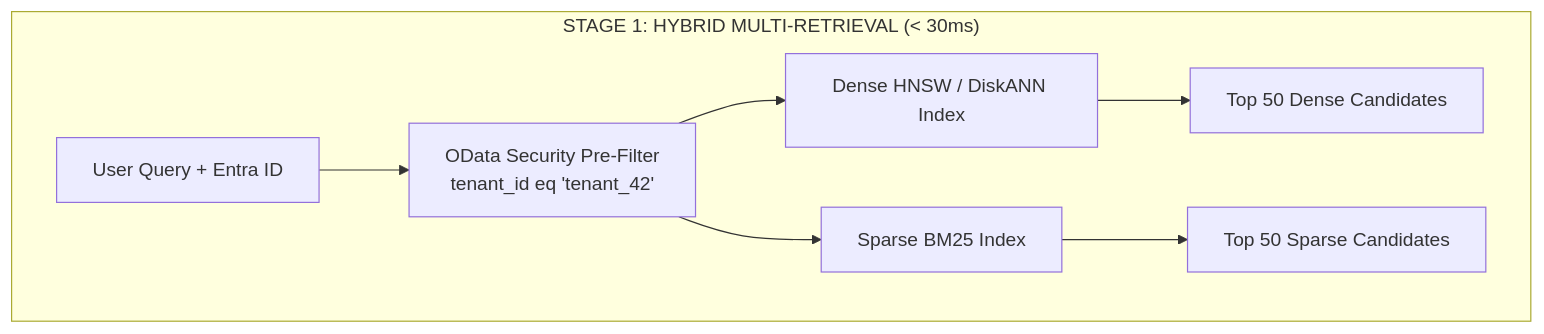
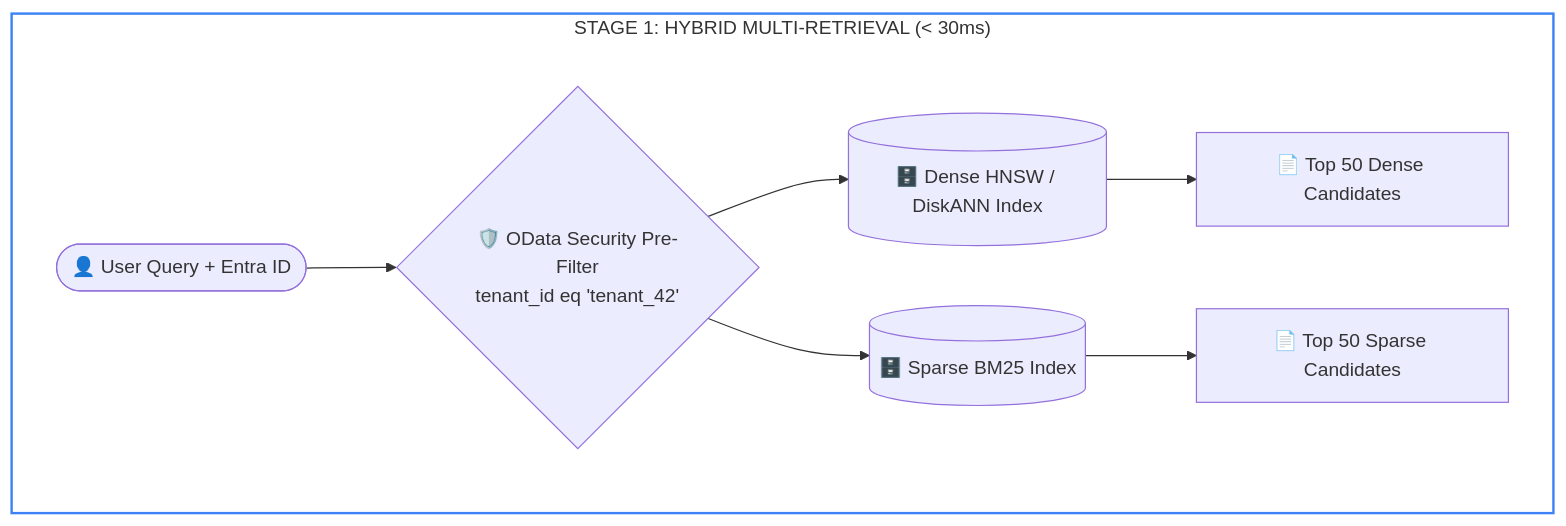
The first of 3 diagrams in 02-rag-and-knowledge-systems/reference/cloud-retrieval-architectures.md (dip4k/senior-engineer-to-ai-engineer-roadmap), drawn with Mermaid before and after one commit. The commit also changed other lines of this file and 39 other files, not shown here.

First line of the commit message:
feat(curriculum): upgrade mermaid diagrams with unicode icons & codify anti-bloat layout rules

````diff
--- a/02-rag-and-knowledge-systems/reference/cloud-retrieval-architectures.md
+++ b/02-rag-and-knowledge-systems/reference/cloud-retrieval-architectures.md
@@ -24,10 +24,11 @@
 ```mermaid
 flowchart TD
     subgraph Stage1["STAGE 1: HYBRID MULTI-RETRIEVAL (< 30ms)"]
-        UQ["User Query + Entra ID"] --> PFilter["OData Security Pre-Filter<br>tenant_id eq 'tenant_42'"]
-        PFilter --> HNSW["Dense HNSW / DiskANN Index"]
-        PFilter --> BM25["Sparse BM25 Index"]
-        HNSW --> TopDense["Top 50 Dense Candidates"]
-        BM25 --> TopSparse["Top 50 Sparse Candidates"]
+        UQ(["👤 User Query + Entra ID"]) --> PFilter{"🛡️ OData Security Pre-Filter<br>tenant_id eq 'tenant_42'"}
+        PFilter --> HNSW[("🗄️ Dense HNSW / DiskANN Index")]
+        PFilter --> BM25[("🗄️ Sparse BM25 Index")]
+        HNSW --> TopDense["📄 Top 50 Dense Candidates"]
+        BM25 --> TopSparse["📄 Top 50 Sparse Candidates"]
     end
+    style Stage1 fill:none,stroke:#3b82f6,stroke-width:2px;
 ```
````
